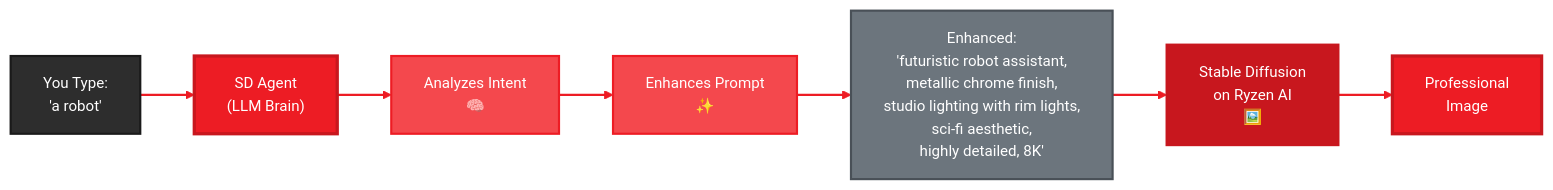
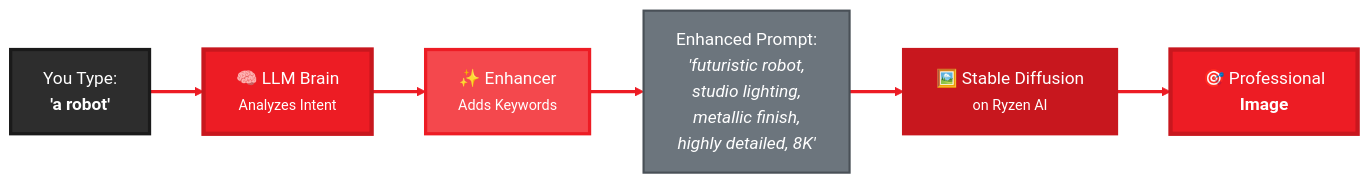
One commit to amd/gaia changed the diagram in docs/guides/sd.mdx. Above: the diagram before and after it, drawn with Mermaid. The commit also changed other lines of this file, not shown here.

````diff
--- a/docs/guides/sd.mdx
+++ b/docs/guides/sd.mdx
@@ -22,24 +22,22 @@
 ```mermaid
-%%{init: {'theme':'base', 'themeVariables': { 'primaryColor':'#ED1C24', 'primaryTextColor':'#fff', 'primaryBorderColor':'#C8171E', 'lineColor':'#F4484D', 'secondaryColor':'#2d2d2d', 'tertiaryColor':'#f5f5f5', 'fontSize':'14px', 'fontFamily': 'system-ui, -apple-system, sans-serif'}}}%%
+%%{init: {'theme':'base', 'themeVariables': { 'primaryColor':'#ED1C24', 'primaryTextColor':'#fff', 'primaryBorderColor':'#C8171E', 'lineColor':'#F4484D', 'secondaryColor':'#2d2d2d', 'tertiaryColor':'#f5f5f5', 'fontSize':'16px', 'fontFamily': 'system-ui, -apple-system, sans-serif'}}}%%
 graph LR
-    A["You Type:<br/>'a robot'"] --> B["SD Agent<br/>(LLM Brain)"]
+    A["You Type:<br/><b>'a robot'</b>"] --> B["🧠 LLM Brain<br/><small>Analyzes Intent</small>"]
 
-    B --> C["Analyzes Intent<br/>🧠"]
-    C --> D["Enhances Prompt<br/>✨"]
+    B --> C["✨ Enhancer<br/><small>Adds Keywords</small>"]
 
-    D --> E["Enhanced:<br/>'futuristic robot assistant,<br/>metallic chrome finish,<br/>studio lighting with rim lights,<br/>sci-fi aesthetic,<br/>highly detailed, 8K'"]
+    C --> D["Enhanced Prompt:<br/><i>'futuristic robot,<br/>studio lighting,<br/>metallic finish,<br/>highly detailed, 8K'</i>"]
 
-    E --> F["Stable Diffusion<br/>on Ryzen AI<br/>🖼️"]
+    D --> E["🖼️ Stable Diffusion<br/><small>on Ryzen AI</small>"]
 
-    F --> G["Professional<br/>Image"]
+    E --> F["🎯 Professional<br/><b>Image</b>"]
 
-    style A fill:#2d2d2d,stroke:#1a1a1a,stroke-width:2px,color:#fff
-    style B fill:#ED1C24,stroke:#C8171E,stroke-width:3px,color:#fff
-    style C fill:#F4484D,stroke:#ED1C24,stroke-width:2px,color:#fff
-    style D fill:#F4484D,stroke:#ED1C24,stroke-width:2px,color:#fff
-    style E fill:#6c757d,stroke:#495057,stroke-width:2px,color:#fff
-    style F fill:#C8171E,stroke:#C8171E,stroke-width:2px,color:#fff
-    style G fill:#ED1C24,stroke:#C8171E,stroke-width:3px,color:#fff
+    style A fill:#2d2d2d,stroke:#1a1a1a,stroke-width:3px,color:#fff
+    style B fill:#ED1C24,stroke:#C8171E,stroke-width:4px,color:#fff
+    style C fill:#F4484D,stroke:#ED1C24,stroke-width:3px,color:#fff
+    style D fill:#6c757d,stroke:#495057,stroke-width:2px,color:#fff
+    style E fill:#C8171E,stroke:#C8171E,stroke-width:3px,color:#fff
+    style F fill:#ED1C24,stroke:#C8171E,stroke-width:4px,color:#fff
 
-    linkStyle 0,1,2,3,4,5 stroke:#ED1C24,stroke-width:2px
+    linkStyle 0,1,2,3,4 stroke:#ED1C24,stroke-width:3px
 ```
````
